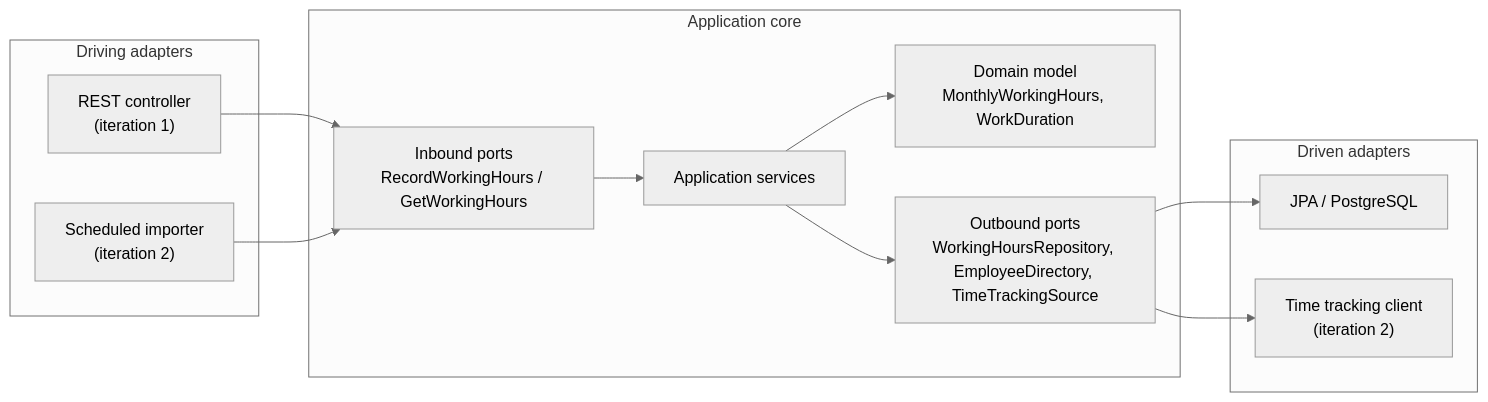
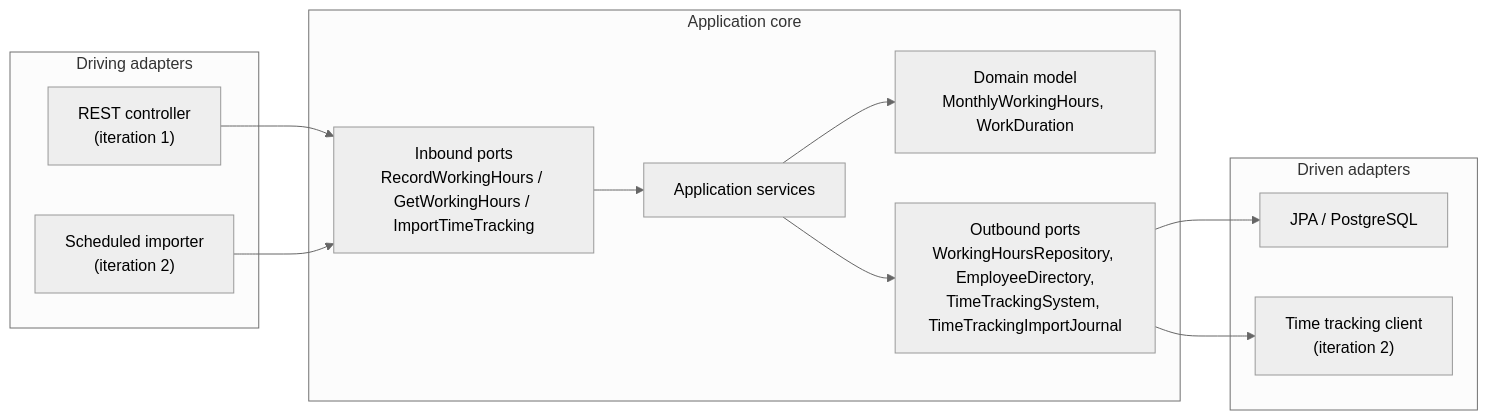
One commit to svitzthum/spring-boot-payroll changed the diagram in docs/02-architecture.md. Above: the diagram before and after it, drawn with Mermaid (neutral theme). The commit also changed other lines of this file and 3 other files, not shown here.

````diff
--- a/docs/02-architecture.md
+++ b/docs/02-architecture.md
@@ -17,26 +17,26 @@
 ```mermaid
 flowchart LR
     subgraph driving["Driving adapters"]
         REST["REST controller<br/>(iteration 1)"]
         SCHED["Scheduled importer<br/>(iteration 2)"]
     end
 
     subgraph core["Application core"]
-        IN["Inbound ports<br/>RecordWorkingHours / GetWorkingHours"]
+        IN["Inbound ports<br/>RecordWorkingHours / GetWorkingHours / ImportTimeTracking"]
         APP["Application services"]
         DOM["Domain model<br/>MonthlyWorkingHours, WorkDuration"]
-        OUT["Outbound ports<br/>WorkingHoursRepository, EmployeeDirectory, TimeTrackingSource"]
+        OUT["Outbound ports<br/>WorkingHoursRepository, EmployeeDirectory,<br/>TimeTrackingSystem, TimeTrackingImportJournal"]
         IN --> APP --> DOM
         APP --> OUT
     end
 
     subgraph driven["Driven adapters"]
         JPA["JPA / PostgreSQL"]
         EXT["Time tracking client<br/>(iteration 2)"]
     end
 
     REST --> IN
     SCHED --> IN
     OUT --> JPA
     OUT --> EXT
 ```
````
